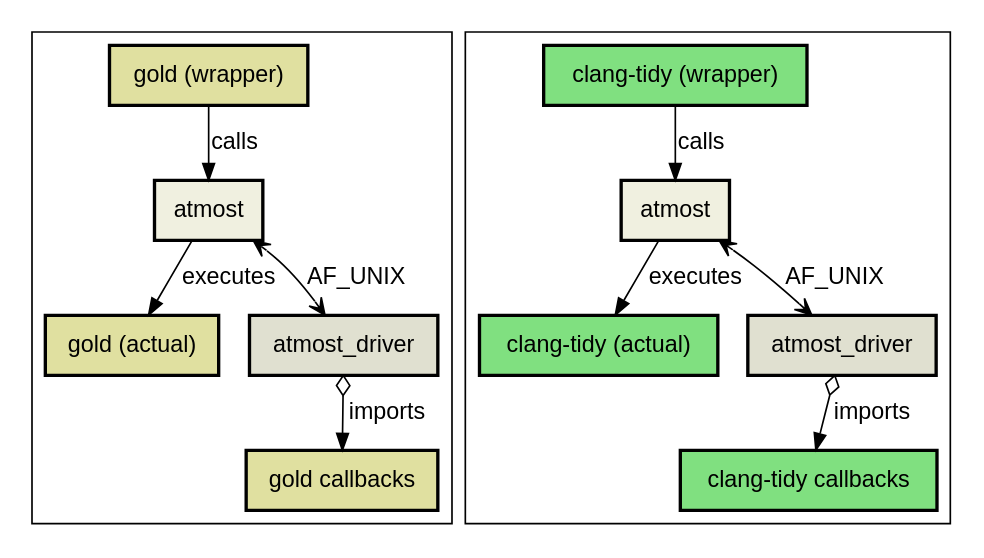
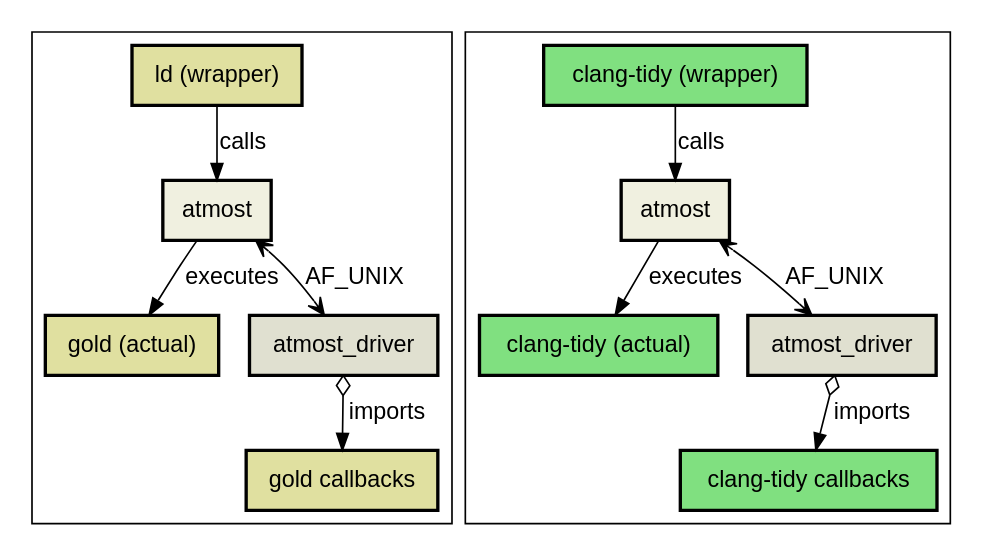
The diagram in atmost/presentation/images/components.dot (matus-chochlik/various), drawn with Graphviz before and after one commit. The commit also changed 3 other files, not shown here.

```diff
--- a/atmost/presentation/images/components.dot
+++ b/atmost/presentation/images/components.dot
@@ -1,40 +1,40 @@
 digraph AtmostComponents {
 	fontname="helvetica"
 	sep=2.1
 	ranksep=0.4
 	maxiter=1000000
 
 	node [ fontname="helvetica" ]
 	node [ penwidth=2 ]
 	edge [ fontname="helvetica" ]
 	edge [ penwidth=1 ]
 
     node [style="filled" shape="box"]
 
     subgraph cluster_gold {
-        gold_wrap [label="gold (wrapper)" fillcolor="#E0E0A0"]
+        gold_wrap [label="ld (wrapper)" fillcolor="#E0E0A0"]
         gold_real [label="gold (actual)" fillcolor="#E0E0A0"]
         gold_atmost [label="atmost" fillcolor="#F0F0E0"]
         gold_driver [label="atmost_driver" fillcolor="#E0E0D0"]
         gold_callbacks [label="gold callbacks" fillcolor="#E0E0A0"]
 
         gold_wrap -> gold_atmost [label="calls"]
         gold_atmost -> gold_real [label="executes"]
         gold_atmost -> gold_driver [label="AF_UNIX" dir="both" arrowhead="vee" arrowtail="vee"]
         gold_driver -> gold_callbacks [label="imports" dir="both" arrowtail="odiamond"]
     }
 
     subgraph cluster_tidy {
         tidy_wrap [label="clang-tidy (wrapper)" fillcolor="#80E080"]
         tidy_real [label="clang-tidy (actual)" fillcolor="#80E080"]
         tidy_atmost [label="atmost" fillcolor="#F0F0E0"]
         tidy_driver [label="atmost_driver" fillcolor="#E0E0D0"]
         tidy_callbacks [label="clang-tidy callbacks" fillcolor="#80E080"]
 
         tidy_wrap -> tidy_atmost [label="calls"]
         tidy_atmost -> tidy_real [label="executes"]
         tidy_atmost -> tidy_driver [label="AF_UNIX" dir="both" arrowhead="vee" arrowtail="vee"]
         tidy_driver -> tidy_callbacks [label="imports" dir="both" arrowtail="odiamond"]
     }
 
 }
```
